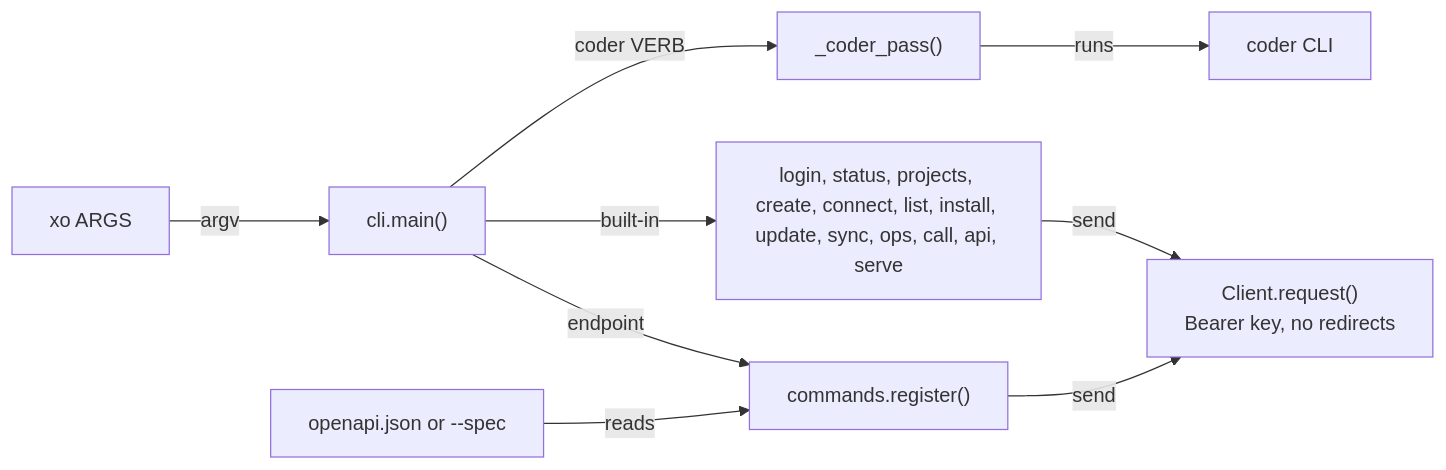
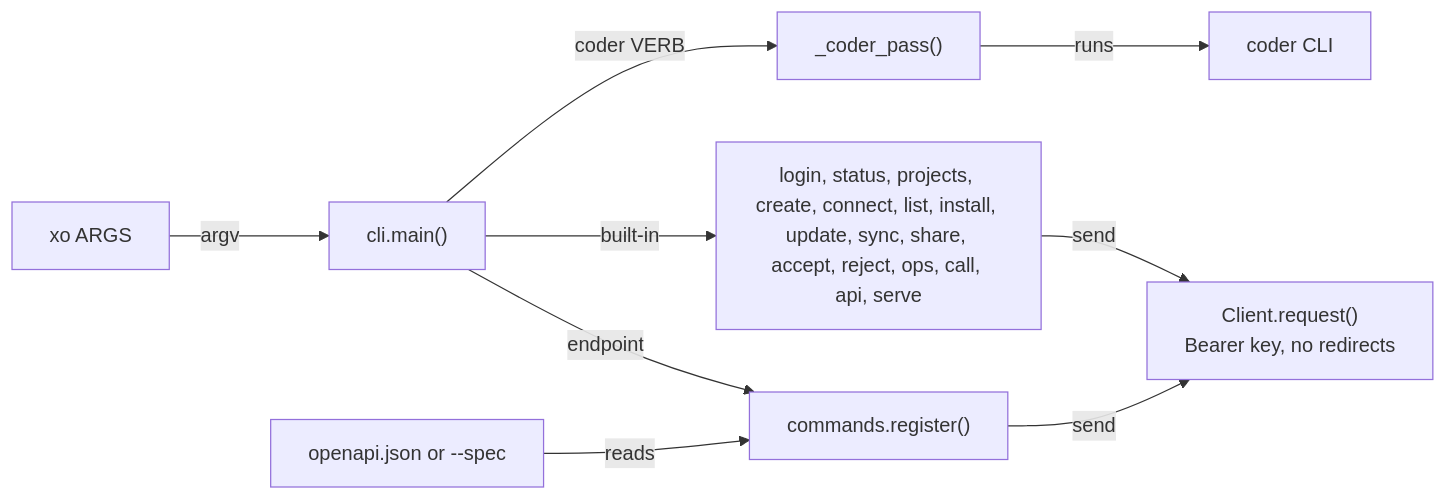
Before and after one commit to quirq-ai/xo: the second of 32 diagrams in docs/architecture.md, drawn with Mermaid. The commit also changed other lines of this file and 10 other files, not shown here.

First line of the commit message:
xo create and architecture: audit fixes on top of #35 and #36

````diff
--- a/docs/architecture.md
+++ b/docs/architecture.md
@@ -56,10 +57,10 @@
 ```mermaid
 flowchart LR
   argv[xo ARGS] -- argv --> main["cli.main()"]
   main -- coder VERB --> pass["_coder_pass()"] -- runs --> coderc[coder CLI]
-  main -- built-in --> builtin[login, status, projects, create, connect, list, install, update, sync, ops, call, api, serve]
+  main -- built-in --> builtin[login, status, projects, create, connect, list, install, update, sync, share, accept, reject, ops, call, api, serve]
   main -- endpoint --> gen["commands.register()"]
   spec[openapi.json or --spec] -- reads --> gen
   builtin -- send --> client["Client.request()<br/>Bearer key, no redirects"]
   gen -- send --> client
 ```
````
